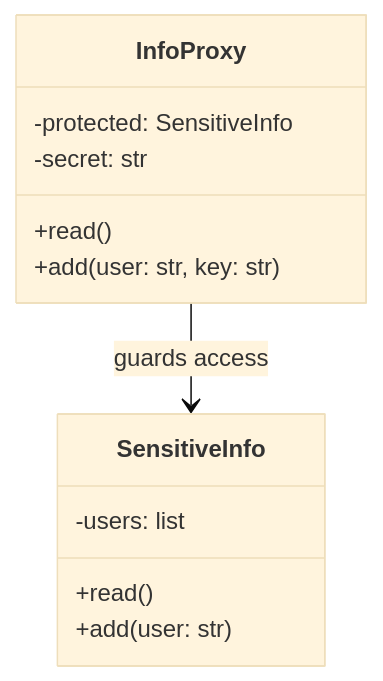
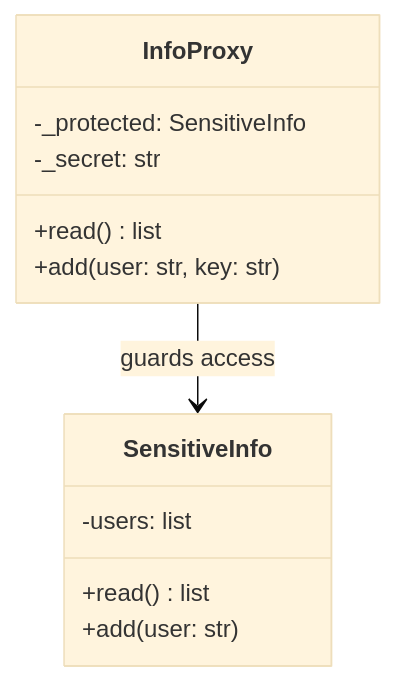
The diagram in python-design-patterns/structural/proxy.md (SanjayR857/All-in-One-Notes), drawn with Mermaid (base theme) before and after one commit. The commit also changed other lines of this file and 40 other files, not shown here.

````diff
--- a/python-design-patterns/structural/proxy.md
+++ b/python-design-patterns/structural/proxy.md
@@ -25,15 +32,15 @@
 ```mermaid
 classDiagram
     class SensitiveInfo {
         -users: list
-        +read()
+        +read() list
         +add(user: str)
     }
     class InfoProxy {
-        -protected: SensitiveInfo
-        -secret: str
-        +read()
+        -_protected: SensitiveInfo
+        -_secret: str
+        +read() list
         +add(user: str, key: str)
     }
     InfoProxy --> SensitiveInfo : guards access
 ```
````
